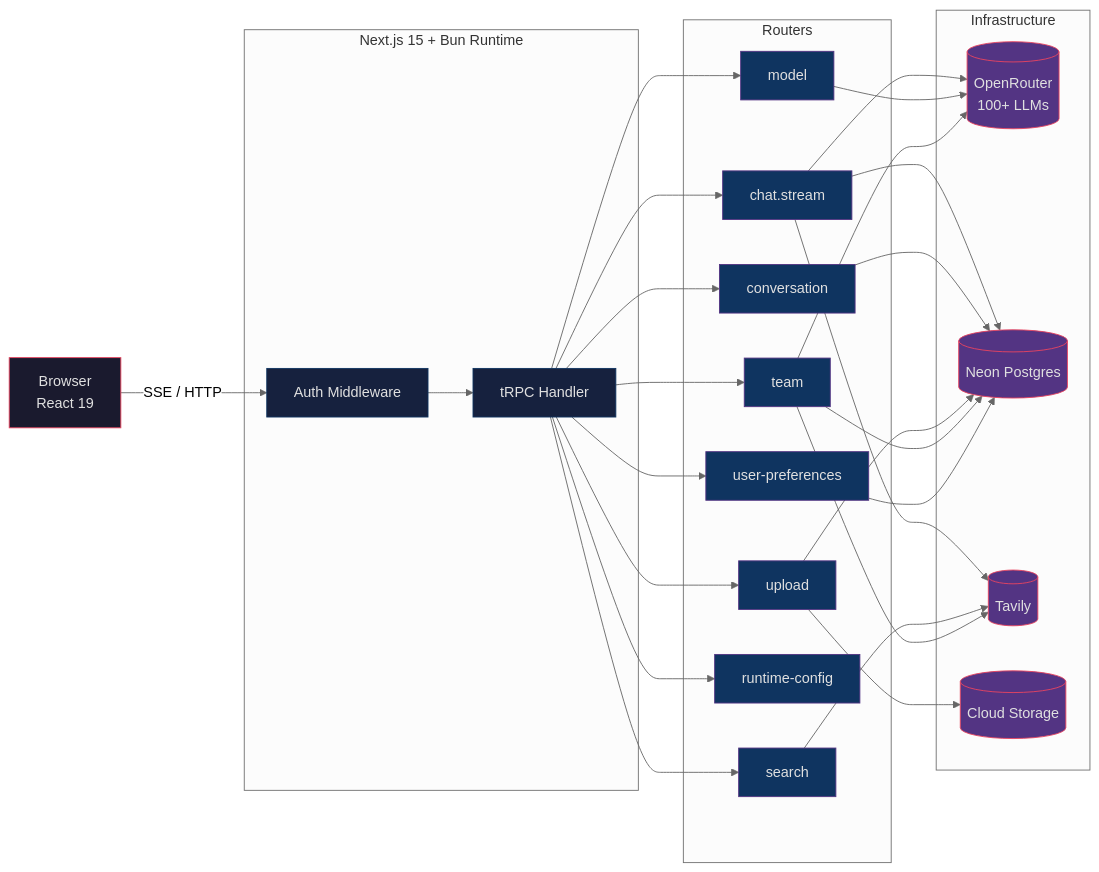
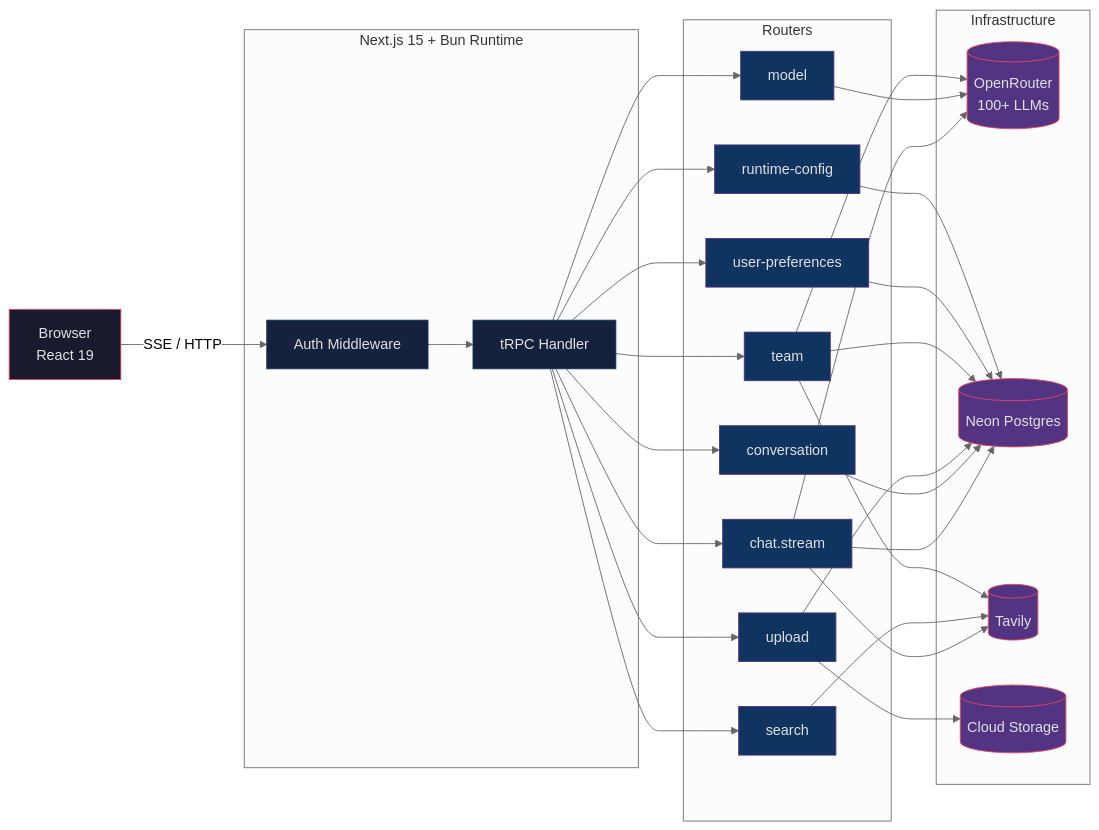
One commit to HishamBS/farasa changed the diagram in README.md. Above: the diagram before and after it, drawn with Mermaid (neutral theme). The commit also changed other lines of this file and 1 other file, not shown here.

````diff
--- a/README.md
+++ b/README.md
@@ -142,60 +142,61 @@
 ```mermaid
 graph LR
     Browser["Browser\nReact 19"]
 
     subgraph SRV ["Next.js 15 + Bun Runtime"]
         MW["Auth Middleware"]
         tRPC["tRPC Handler"]
     end
 
     subgraph API ["Routers"]
         chat["chat.stream"]
         conv["conversation"]
         model["model"]
         srch["search"]
         upl["upload"]
         team["team"]
         rc["runtime-config"]
         uprefs["user-preferences"]
     end
 
     subgraph INFRA ["Infrastructure"]
         OR[("OpenRouter\n100+ LLMs")]
         PG[("Neon Postgres")]
         TV[("Tavily")]
         GCS[("Cloud Storage")]
     end
 
     Browser -->|"SSE / HTTP"| MW
     MW --> tRPC
     tRPC --> chat
     tRPC --> conv
     tRPC --> model
     tRPC --> srch
     tRPC --> upl
     tRPC --> team
     tRPC --> rc
     tRPC --> uprefs
     chat --> OR
     chat --> PG
     chat --> TV
     conv --> PG
     model --> OR
     srch --> TV
     upl --> GCS
     upl --> PG
     team --> OR
     team --> PG
     team --> TV
     uprefs --> PG
+    rc --> PG
 
     classDef client fill:#1a1a2e,stroke:#e94560,color:#e0e0e0
     classDef server fill:#16213e,stroke:#0f3460,color:#e0e0e0
     classDef router fill:#0f3460,stroke:#533483,color:#e0e0e0
     classDef infra fill:#533483,stroke:#e94560,color:#e0e0e0
 
     class Browser client
     class MW,tRPC server
     class chat,conv,model,srch,upl,team,rc,uprefs router
     class OR,PG,TV,GCS infra
 ```
````
